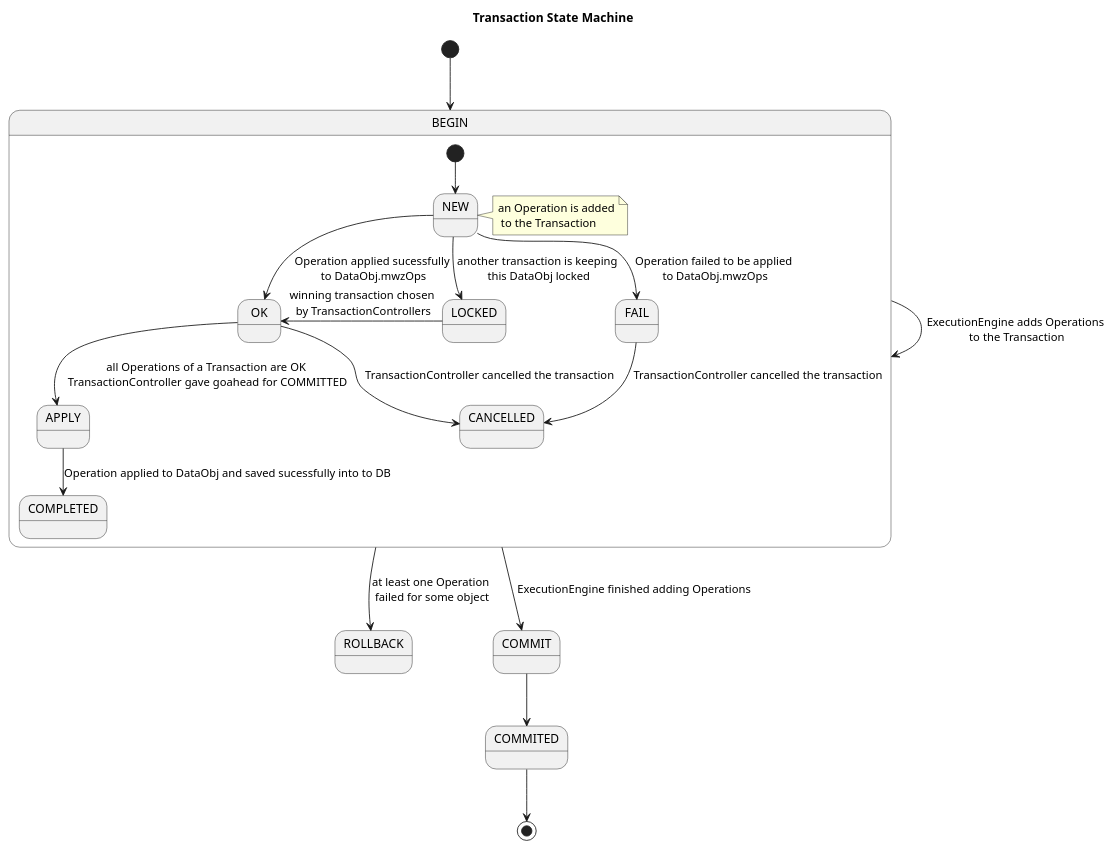
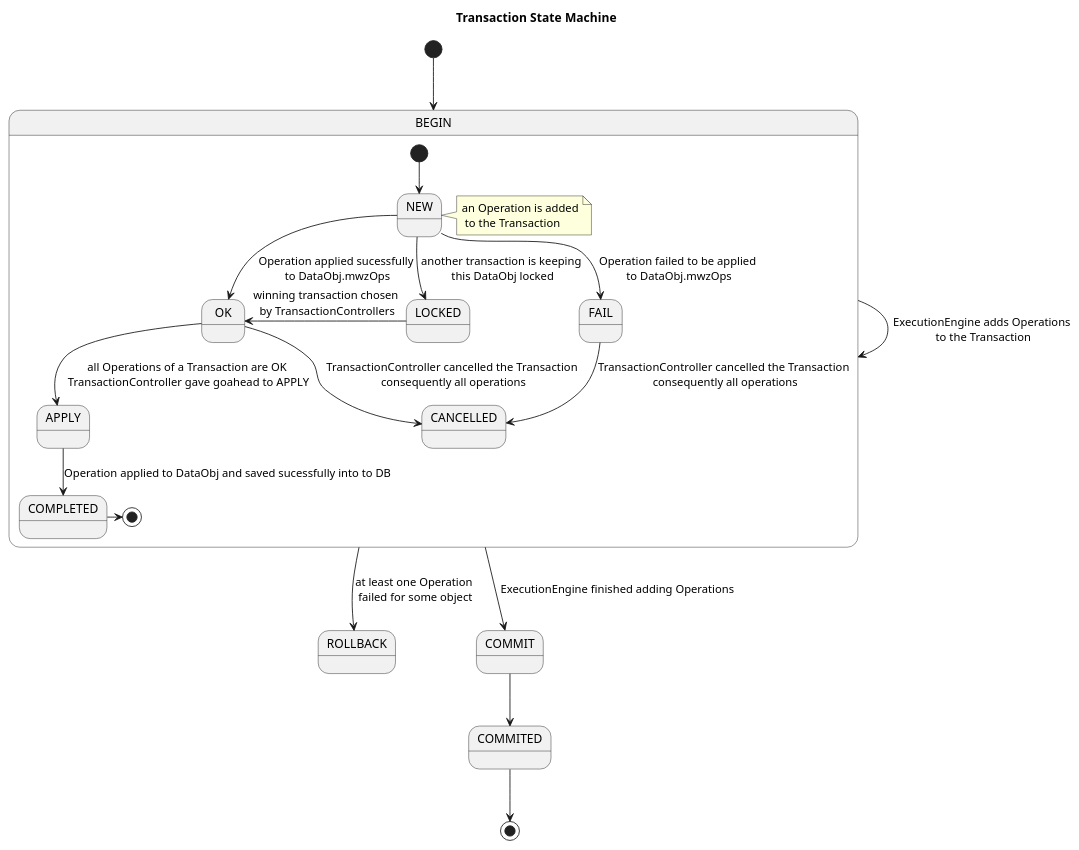
The diagram in docs/transaction_state.puml (formuladb/poc1), drawn with PlantUML before and after one commit. The commit also changed 9 other files, not shown here.

```diff
--- a/docs/transaction_state.puml
+++ b/docs/transaction_state.puml
@@ -1,30 +1,31 @@
 @startuml TransactionStateMachine
 
 title Transaction State Machine
 
 [*] --> BEGIN
 
 BEGIN -> BEGIN: ExecutionEngine adds Operations\n to the Transaction
 
 BEGIN --> ROLLBACK: at least one Operation\n failed for some object
 
 BEGIN --> COMMIT: ExecutionEngine finished adding Operations
 
 state BEGIN {
   [*] --> NEW
   note right of NEW: an Operation is added\n to the Transaction
   NEW --> OK: Operation applied sucessfully\n to DataObj.mwzOps
   NEW --> FAIL: Operation failed to be applied\n to DataObj.mwzOps
   NEW --> LOCKED: another transaction is keeping\n this DataObj locked
   LOCKED -left-> OK: winning transaction chosen\n by TransactionControllers
-  OK --> APPLY: all Operations of a Transaction are OK\n TransactionController gave goahead for COMMITTED
-  FAIL --> CANCELLED: TransactionController cancelled the transaction
-  OK --> CANCELLED: TransactionController cancelled the transaction
+  OK --> APPLY: all Operations of a Transaction are OK\n TransactionController gave goahead to APPLY
+  FAIL --> CANCELLED: TransactionController cancelled the Transaction\n consequently all operations
+  OK --> CANCELLED: TransactionController cancelled the Transaction\n consequently all operations
   APPLY --> COMPLETED: Operation applied to DataObj and saved sucessfully into to DB
+  COMPLETED -> [*]
 }
 
 COMMIT --> COMMITED
 
 COMMITED --> [*]
 
 @enduml
```
